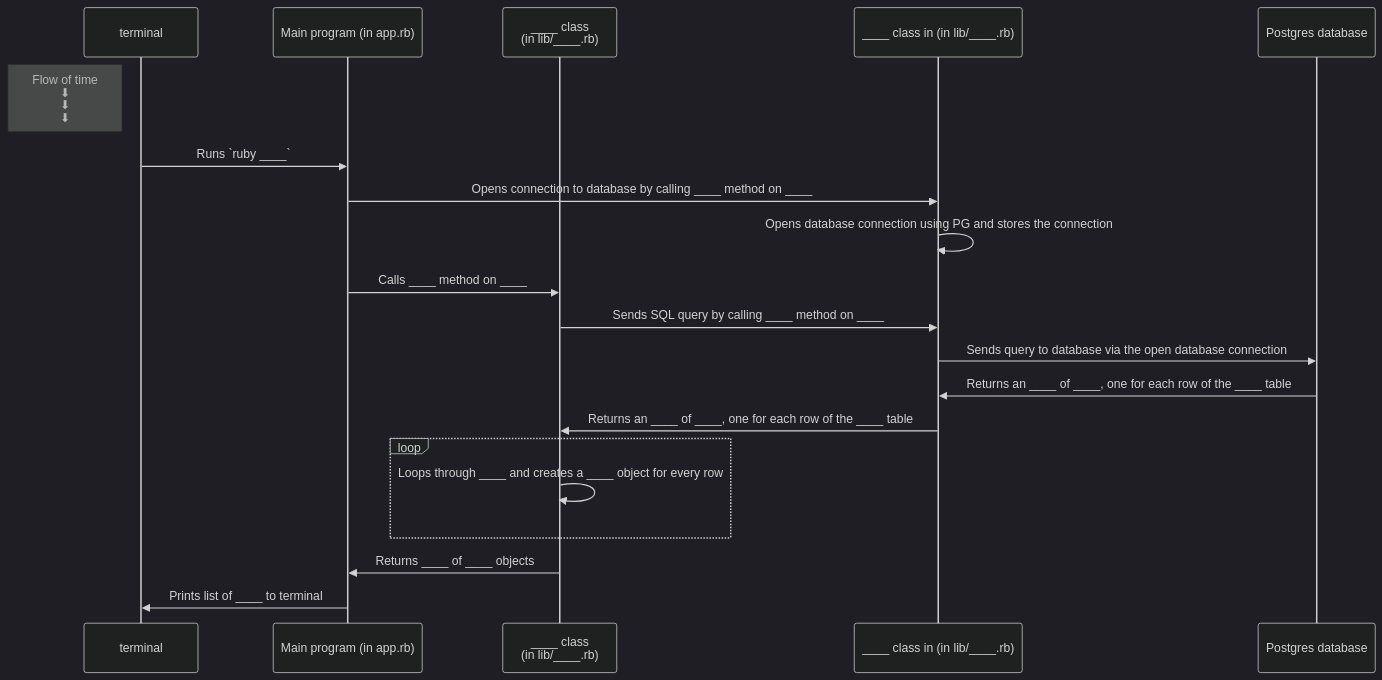
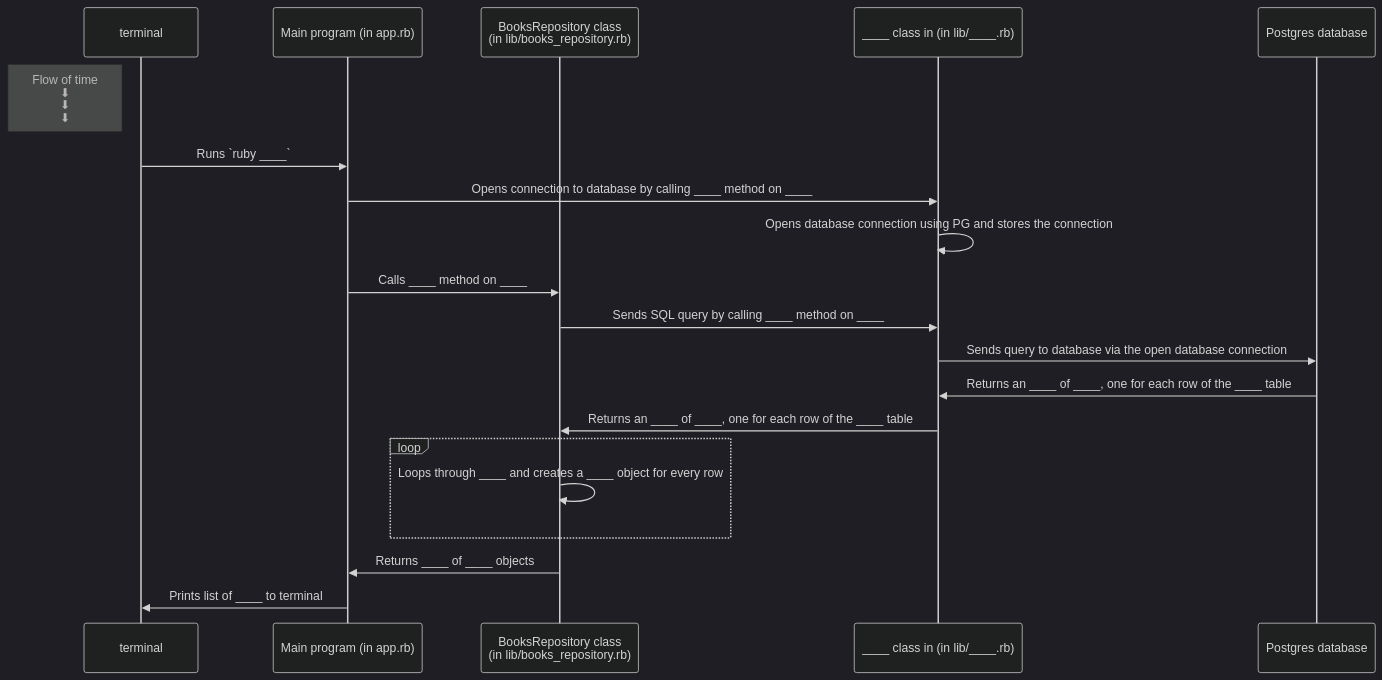
One commit to oanapintoiu/Project-PSQL changed the diagram in diagrams/challege.md. Above: the diagram before and after it, drawn with Mermaid (dark theme).

Commit message:
step 3 challenge work-in progress

````diff
--- a/diagrams/challege.md
+++ b/diagrams/challege.md
@@ -15,26 +15,26 @@
 ```mermaid
 sequenceDiagram
     participant t as terminal
     participant app as Main program (in app.rb)
-    participant ar as ____ class <br /> (in lib/____.rb)
+    participant ar as BooksRepository class <br /> (in lib/books_repository.rb)
     participant db_conn as ____ class in (in lib/____.rb)
     participant db as Postgres database
 
     Note left of t: Flow of time <br />⬇ <br /> ⬇ <br /> ⬇ 
 
     t->>app: Runs `ruby ____`
     app->>db_conn: Opens connection to database by calling ____ method on ____
     db_conn->>db_conn: Opens database connection using PG and stores the connection
     app->>ar: Calls ____ method on ____
     ar->>db_conn: Sends SQL query by calling ____ method on ____
     db_conn->>db: Sends query to database via the open database connection
     db->>db_conn: Returns an ____ of ____, one for each row of the ____ table
 
     db_conn->>ar: Returns an ____ of ____, one for each row of the ____ table
     loop 
         ar->>ar: Loops through ____ and creates a ____ object for every row
     end
     ar->>app: Returns ____ of ____ objects
     app->>t: Prints list of ____ to terminal
 
 ```
````
